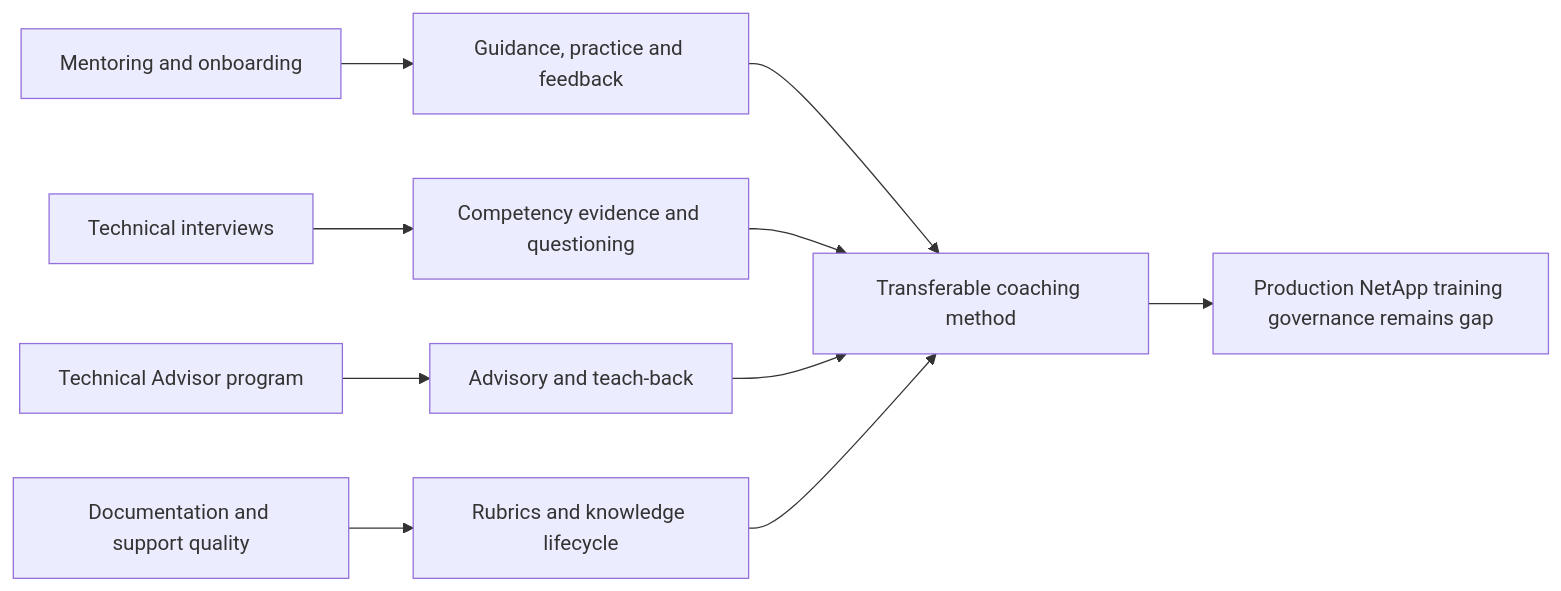
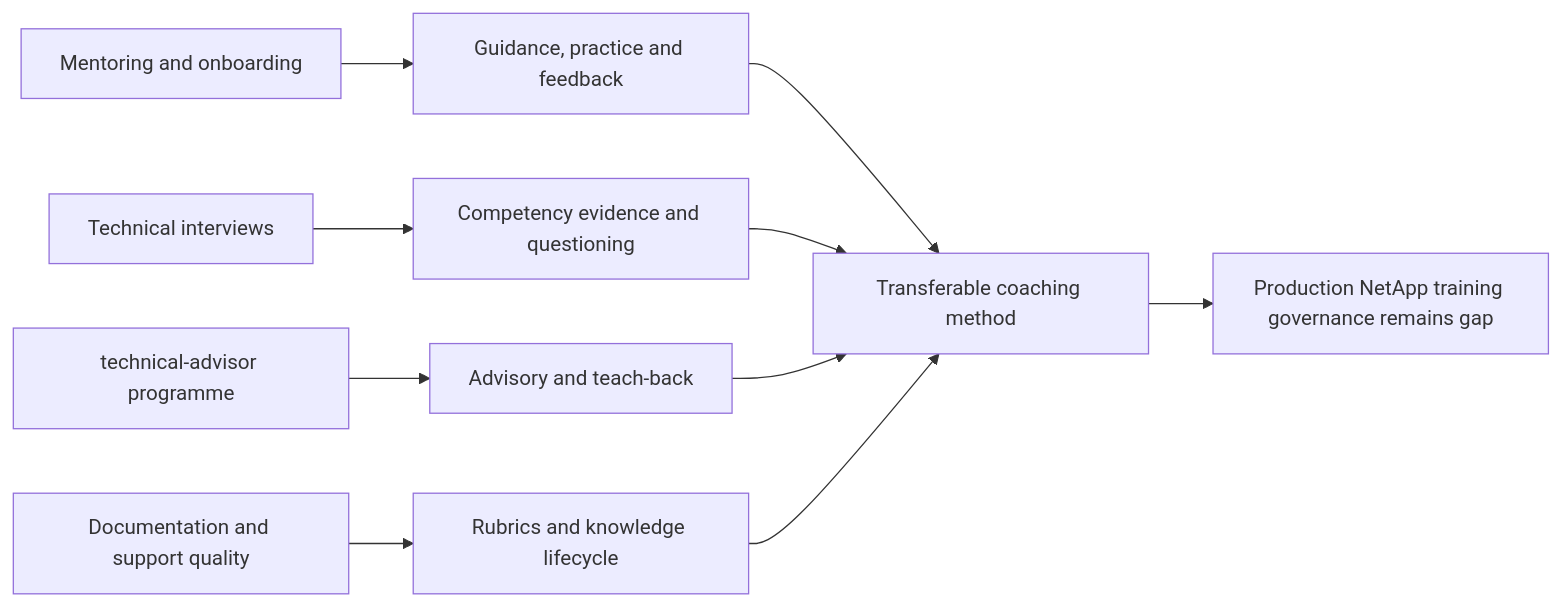
Diagram 21 of 22 in NetApp TAM/prep/Part-69-coaching-new-hires-knowledge-quality.md (hichauhan-in/Interview-Prep), drawn with Mermaid before and after one commit. The commit also changed other lines of this file and 493 other files, not shown here.

````diff
--- a/NetApp TAM/prep/Part-69-coaching-new-hires-knowledge-quality.md
+++ b/NetApp TAM/prep/Part-69-coaching-new-hires-knowledge-quality.md
@@ -725,12 +725,12 @@
 ```mermaid
 flowchart LR
     MENTOR[Mentoring and onboarding] --> COACH[Guidance, practice and feedback]
     INTERVIEW[Technical interviews] --> COMP[Competency evidence and questioning]
-    TA[Technical Advisor program] --> TEACH[Advisory and teach-back]
+    TA[technical-advisor programme] --> TEACH[Advisory and teach-back]
     DOC[Documentation and support quality] --> KNOW[Rubrics and knowledge lifecycle]
     COACH --> METHOD[Transferable coaching method]
     COMP --> METHOD
     TEACH --> METHOD
     KNOW --> METHOD
     METHOD --> GAP[Production NetApp training governance remains gap]
 ```
````
